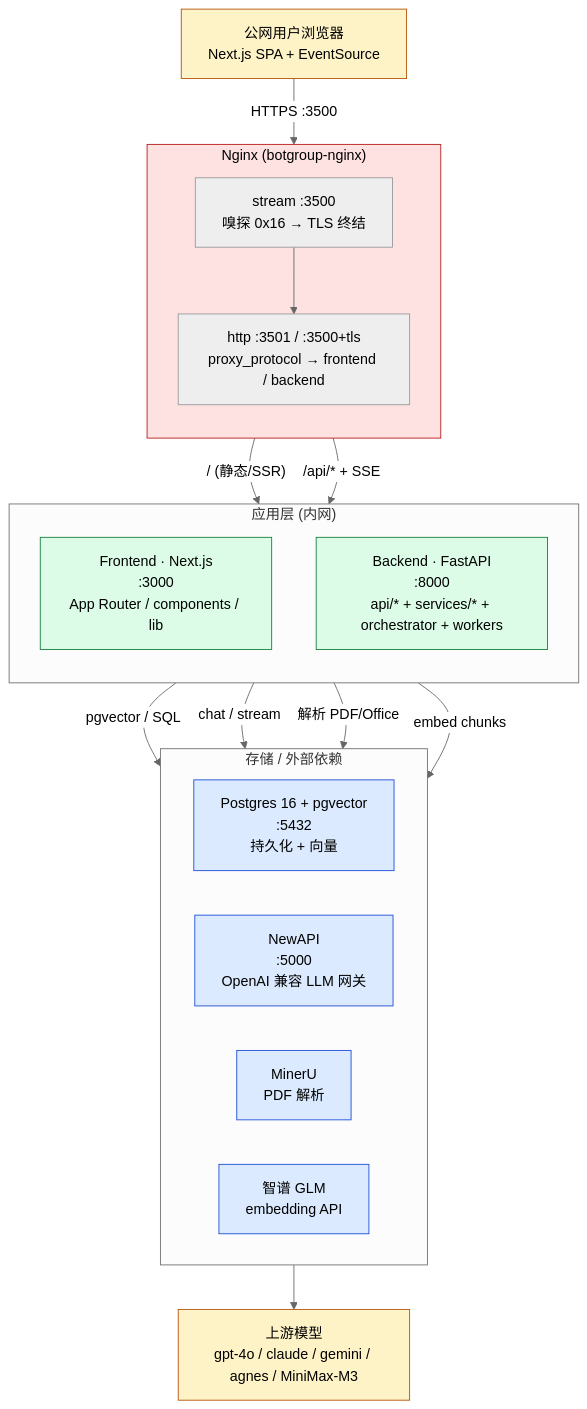
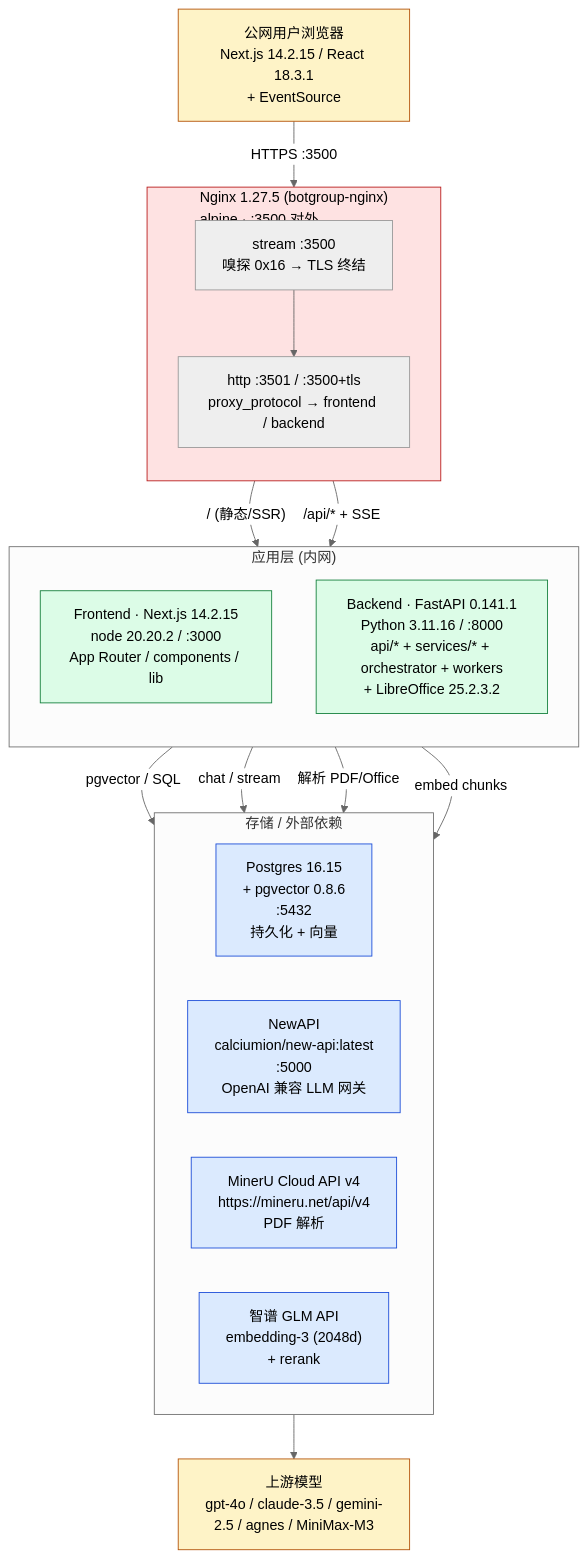
The first of 2 diagrams in .trae/documents/04-architecture/system-architecture.md (near9h/Botalk), drawn with Mermaid (neutral theme) before and after one commit. The commit also changed 5 other files, not shown here.

````diff
--- a/.trae/documents/04-architecture/system-architecture.md
+++ b/.trae/documents/04-architecture/system-architecture.md
@@ -10,54 +10,54 @@
 ```mermaid
 flowchart TB
     %% ──────── 公网 ────────
-    Browser["公网用户浏览器<br/>Next.js SPA + EventSource"]
+    Browser["公网用户浏览器<br/>Next.js 14.2.15 / React 18.3.1<br/>+ EventSource"]
 
     %% ──────── Nginx ────────
-    subgraph NGINX["Nginx (botgroup-nginx)"]
+    subgraph NGINX["Nginx 1.27.5 (botgroup-nginx)<br/>alpine · :3500 对外"]
         direction TB
         NStream["stream :3500<br/>嗅探 0x16 → TLS 终结"]
         NHttp["http :3501 / :3500+tls<br/>proxy_protocol → frontend / backend"]
         NStream --> NHttp
     end
 
     %% ──────── 应用层 ────────
     subgraph APP["应用层 (内网)"]
         direction TB
-        Frontend["Frontend · Next.js<br/>:3000<br/>App Router / components / lib"]
-        Backend["Backend · FastAPI<br/>:8000<br/>api/* + services/* + orchestrator + workers"]
+        Frontend["Frontend · Next.js 14.2.15<br/>node 20.20.2 / :3000<br/>App Router / components / lib"]
+        Backend["Backend · FastAPI 0.141.1<br/>Python 3.11.16 / :8000<br/>api/* + services/* + orchestrator + workers<br/>+ LibreOffice 25.2.3.2"]
     end
 
     %% ──────── 存储 / 外部 ────────
     subgraph DEPS["存储 / 外部依赖"]
         direction LR
-        Postgres["Postgres 16 + pgvector<br/>:5432<br/>持久化 + 向量"]
-        NewAPI["NewAPI<br/>:5000<br/>OpenAI 兼容 LLM 网关"]
-        MinerU["MinerU<br/>PDF 解析"]
-        Zhipu["智谱 GLM<br/>embedding API"]
+        Postgres["Postgres 16.15<br/>+ pgvector 0.8.6<br/>:5432<br/>持久化 + 向量"]
+        NewAPI["NewAPI<br/>calciumion/new-api:latest<br/>:5000<br/>OpenAI 兼容 LLM 网关"]
+        MinerU["MinerU Cloud API v4<br/>https://mineru.net/api/v4<br/>PDF 解析"]
+        Zhipu["智谱 GLM API<br/>embedding-3 (2048d)<br/>+ rerank"]
     end
 
-    Upstream["上游模型<br/>gpt-4o / claude / gemini / agnes / MiniMax-M3"]
+    Upstream["上游模型<br/>gpt-4o / claude-3.5 / gemini-2.5 / agnes / MiniMax-M3"]
 
     %% ──────── 连接 ────────
     Browser -- "HTTPS :3500" --> NStream
     NHttp -- "/ (静态/SSR)" --> Frontend
     NHttp -- "/api/* + SSE" --> Backend
 
     Backend -- "pgvector / SQL" --> Postgres
     Backend -- "chat / stream" --> NewAPI
     Backend -- "解析 PDF/Office" --> MinerU
     Backend -- "embed chunks" --> Zhipu
 
     NewAPI --> Upstream
 
     %% ──────── 样式 ────────
     classDef ext fill:#fef3c7,stroke:#b45309,color:#000
     classDef store fill:#dbeafe,stroke:#1d4ed8,color:#000
     classDef app fill:#dcfce7,stroke:#15803d,color:#000
     classDef edge fill:#fee2e2,stroke:#b91c1c,color:#000
 
     class Browser,Upstream ext
     class Postgres,NewAPI,MinerU,Zhipu store
     class Frontend,Backend app
     class NGINX edge
 ```
````
